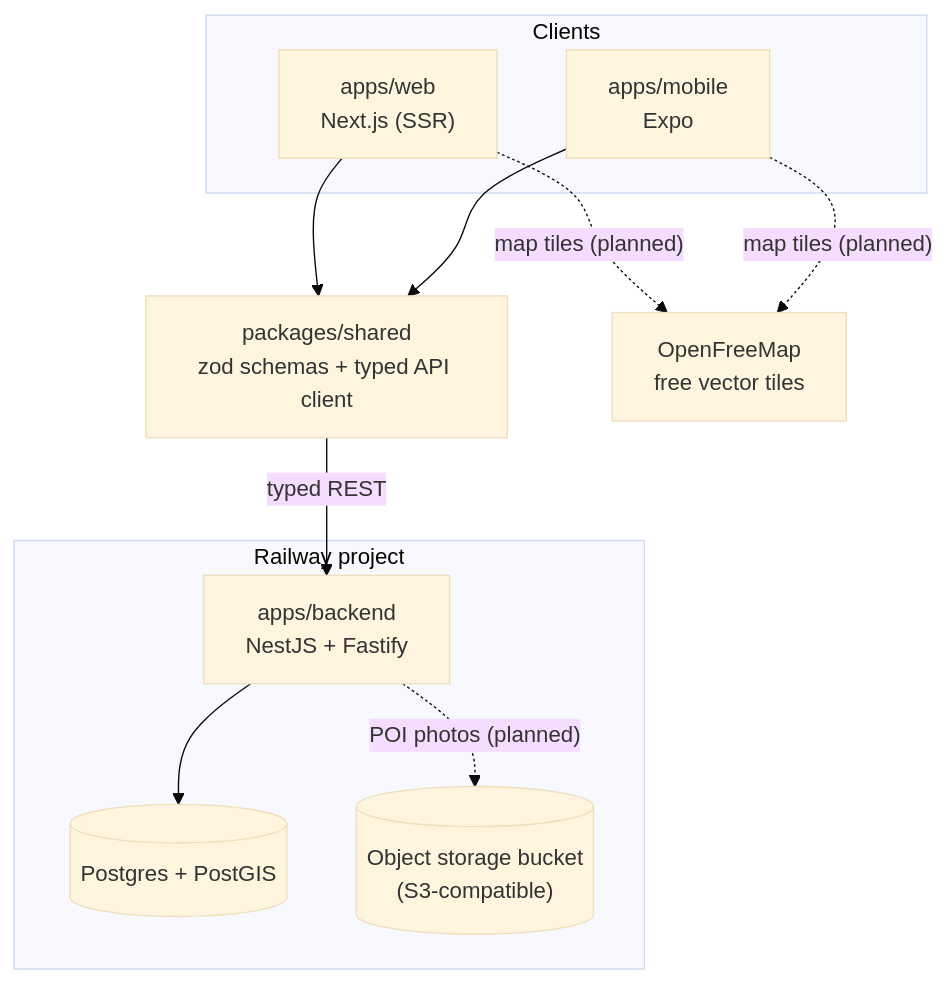
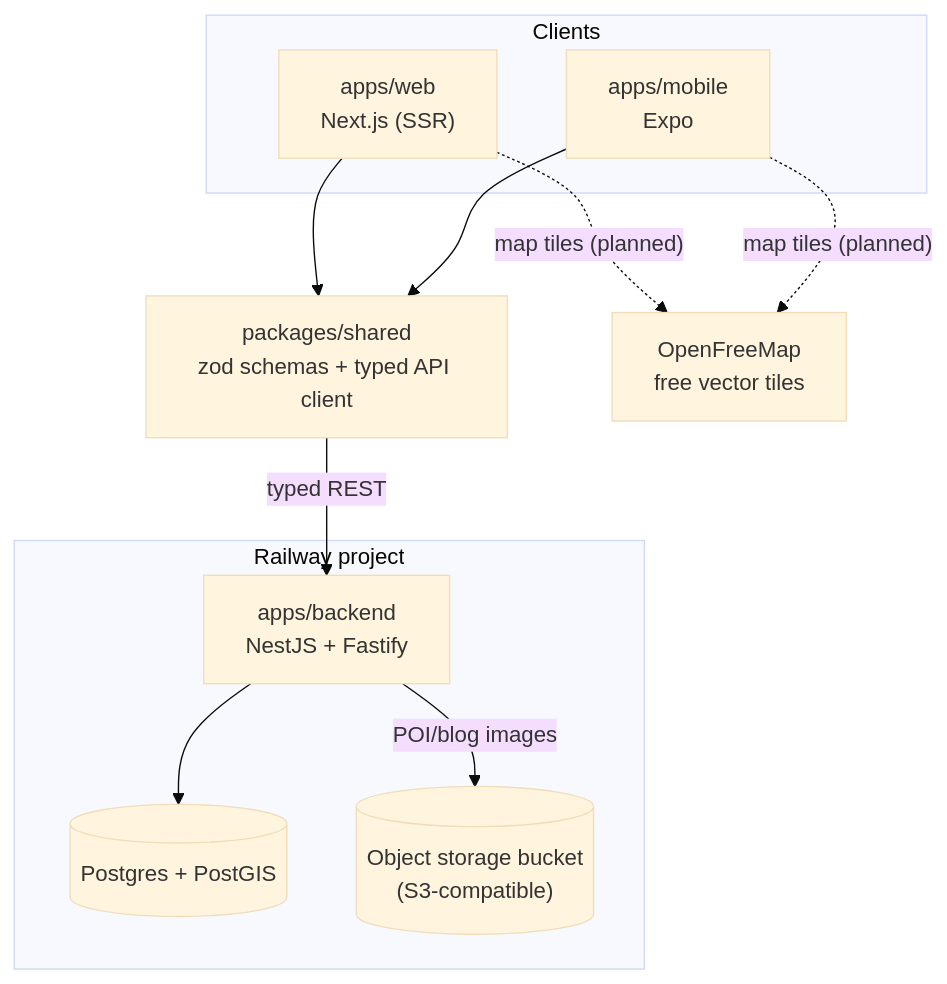
The diagram in README.md (andreiiuga/muslimSpaces), drawn with Mermaid (base theme) before and after one commit. The commit also changed other lines of this file and 65 other files, not shown here.

First line of the commit message:
Add categories-as-tags, hours, images, favorites, reviews, and blog

````diff
--- a/README.md
+++ b/README.md
@@ -12,25 +12,25 @@
 ```mermaid
 flowchart TB
   subgraph Clients
     web["apps/web<br/>Next.js (SSR)"]
     mobile["apps/mobile<br/>Expo"]
   end
 
   shared["packages/shared<br/>zod schemas + typed API client"]
 
   subgraph Railway["Railway project"]
     backend["apps/backend<br/>NestJS + Fastify"]
     db[("Postgres + PostGIS")]
     bucket[("Object storage bucket<br/>(S3-compatible)")]
   end
 
   tiles["OpenFreeMap<br/>free vector tiles"]
 
   web --> shared
   mobile --> shared
   shared -- "typed REST" --> backend
   backend --> db
-  backend -. "POI photos (planned)" .-> bucket
+  backend -- "POI/blog images" --> bucket
   web -. "map tiles (planned)" .-> tiles
   mobile -. "map tiles (planned)" .-> tiles
 ```
````
